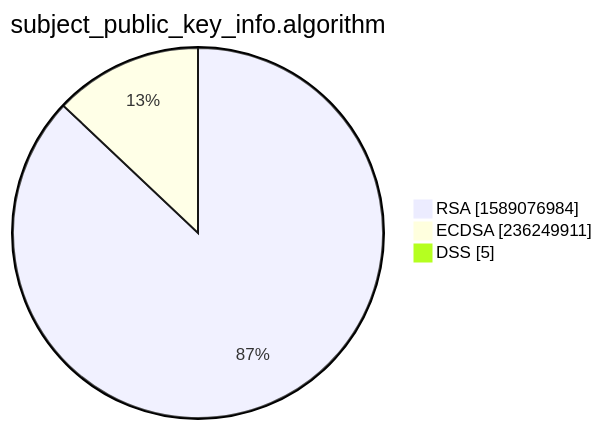
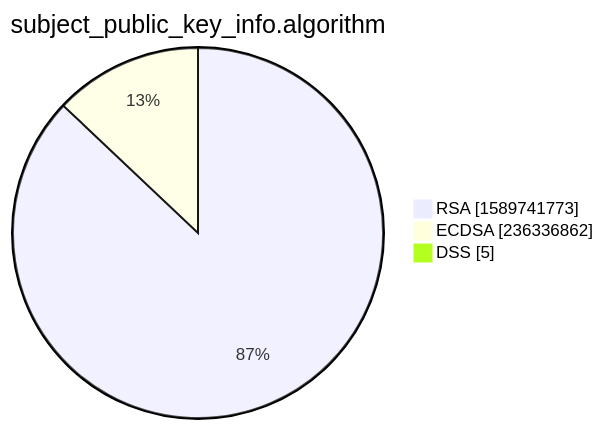
Before and after one commit to christiankrug/ctmonitor_visualization: the third of 15 diagrams in xenon2022/README.md, drawn with Mermaid. The commit also changed other lines of this file, not shown here.

````diff
--- a/xenon2022/README.md
+++ b/xenon2022/README.md
@@ -14,7 +14,7 @@
 ```mermaid
 pie showData
 title subject_public_key_info.algorithm
-"RSA" :1589076984
-"ECDSA" :236249911
+"RSA" :1589741773
+"ECDSA" :236336862
 "DSS" :5
 ```
````
